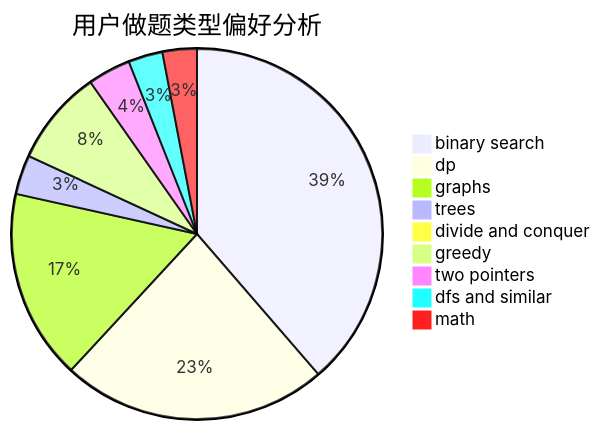
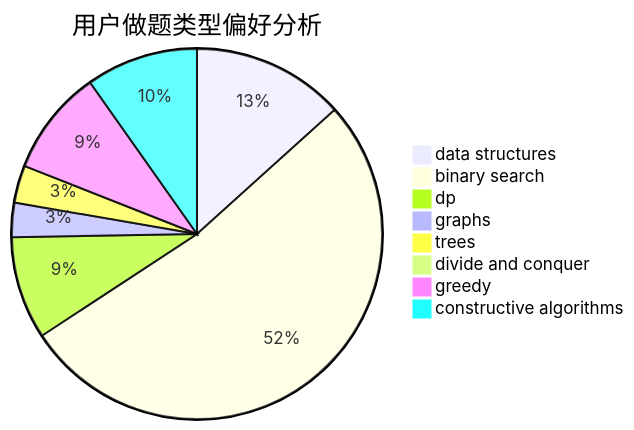
One commit to sherpahu/cfrs.github.io changed the second of 3 diagrams in docs/user/u2319.md. Above: the diagram before and after it, drawn with Mermaid. The commit also changed other lines of this file and 2775 other files, not shown here.

````diff
--- a/docs/user/u2319.md
+++ b/docs/user/u2319.md
@@ -23,12 +23,11 @@
 ```mermaid
 pie title 用户做题类型偏好分析
-    "binary search" :  361
-    "dp" :  217
-    "graphs" :  155
-    "trees" :  32
+    "data structures" :  49
+    "binary search" :  193
+    "dp" :  33
+    "graphs" :  11
+    "trees" :  12
     "divide and conquer" :  0
-    "greedy" :  78
-    "two pointers" :  35
-    "dfs and similar" :  28
-    "math" :  28
+    "greedy" :  34
+    "constructive algorithms" :  36
 ```
````
